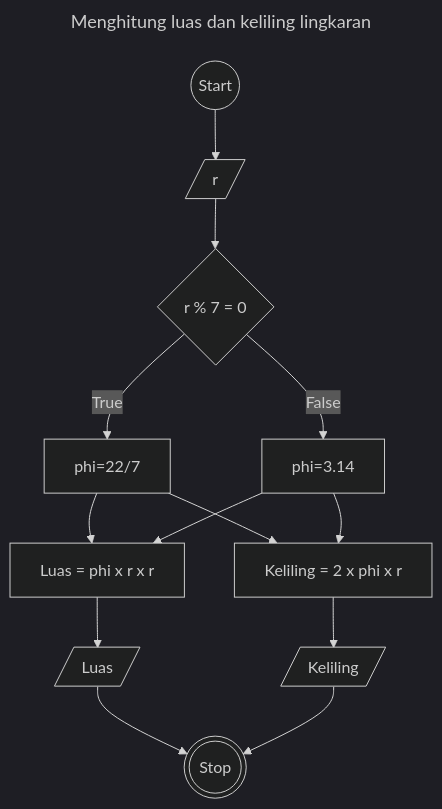
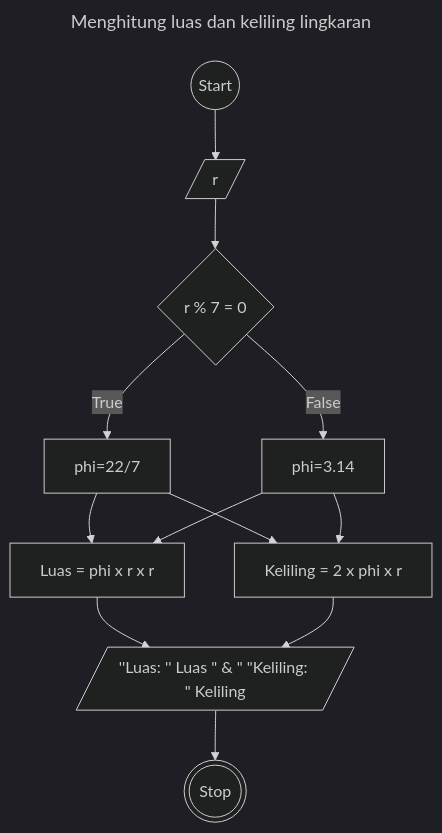
One commit to ItsnaMaulanaHasan/koda-b4-algoritma changed the diagram in minitask5-flowchart.md. Above: the diagram before and after it, drawn with Mermaid (dark theme).

````diff
--- a/minitask5-flowchart.md
+++ b/minitask5-flowchart.md
@@ -3,24 +3,21 @@
 ```mermaid
 ---
     title: Menghitung luas dan keliling lingkaran
 ---
 flowchart TD
     id1((Start))
     id2[/r/]
     id1 --> id2
     id3{r % 7 = 0}
     id2 --> id3
     id4[phi=22/7]
     id5[phi=3.14]
     id3 -- True --> id4
     id3 -- False --> id5
     id6[Luas = phi x r x r]
     id7[Keliling = 2 x phi x r]
-    id4 & id5 --> id6 & id7
-    id8[/Luas/]
-    id9[/Keliling/]
-    id6 --> id8
-    id7 --> id9
-    id10(((Stop)))
-    id8 & id9 --> id10
+    id4 & id5 --> id6 & id7 --> id8
+    id8[/''Luas: '' Luas " & " "Keliling: " Keliling/]
+    id9(((Stop)))
+    id8 --> id9
 ```
````
